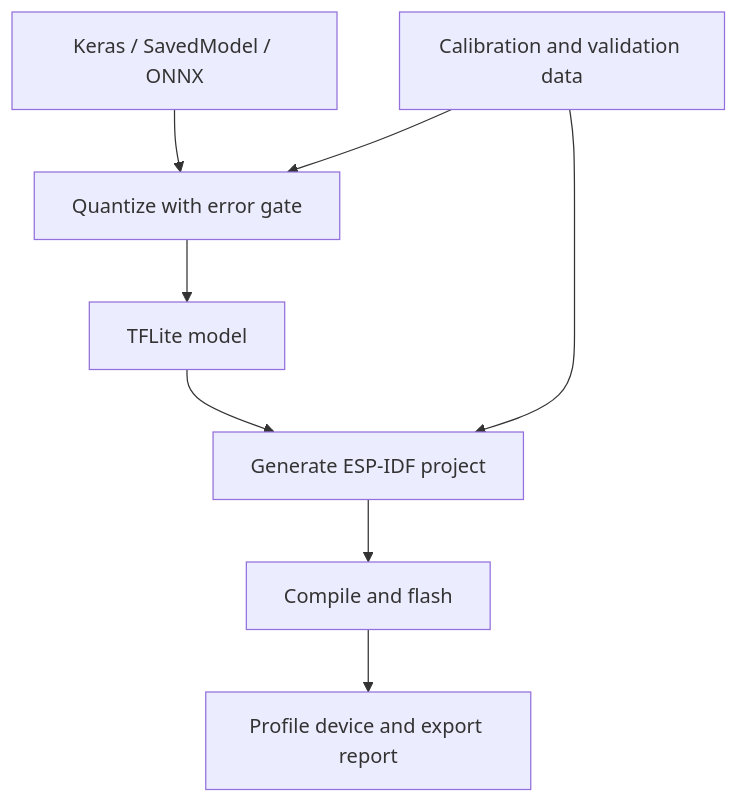
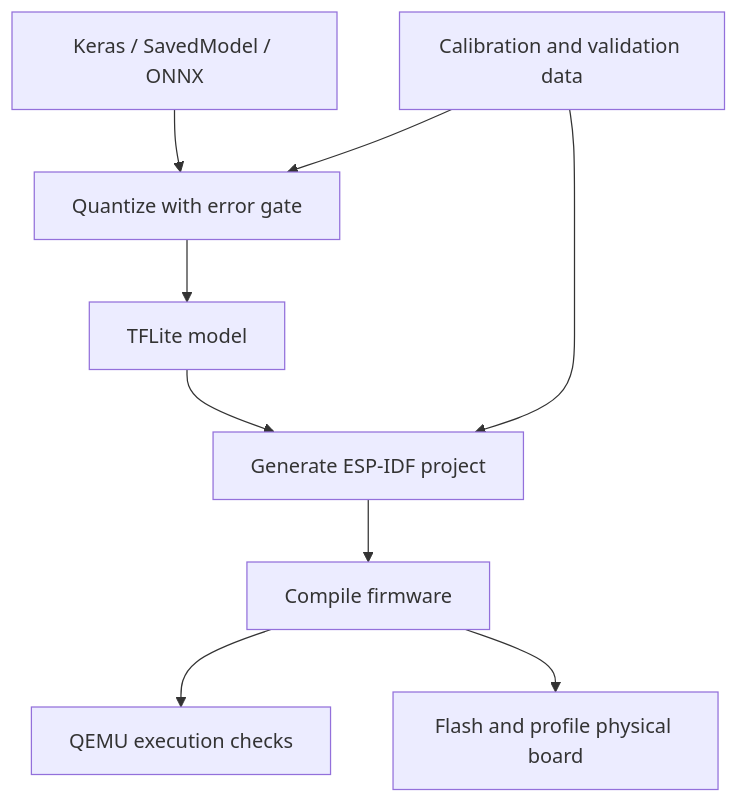
One commit to alexhaya4/tinyml-deployer changed the diagram in README.md. Above: the diagram before and after it, drawn with Mermaid. The commit also changed other lines of this file and 11 other files, not shown here.

First line of the commit message:
Validate compiled ESP32-S3 firmware under pinned Espressif QEMU

````diff
--- a/README.md
+++ b/README.md
@@ -20,10 +21,11 @@
 ```mermaid
 flowchart TD
     A["Keras / SavedModel / ONNX"] --> Q["Quantize with error gate"]
     D["Calibration and validation data"] --> Q
     Q --> T["TFLite model"]
     T --> G["Generate ESP-IDF project"]
     D --> G
-    G --> B["Compile and flash"]
-    B --> P["Profile device and export report"]
+    G --> B["Compile firmware"]
+    B --> E["QEMU execution checks"]
+    B --> P["Flash and profile physical board"]
 ```
````
